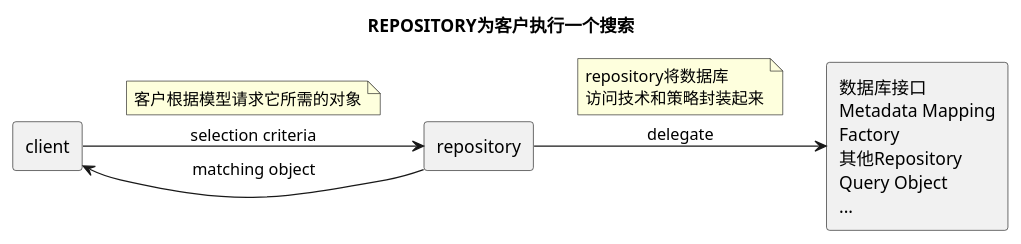
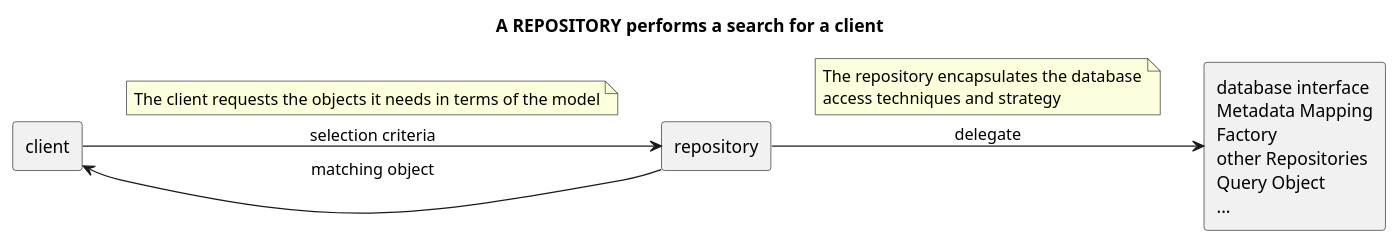
One commit to lindezhong/nvim-config changed the sixth of 19 diagrams in snippets/ddd.md. Above: the diagram before and after it, drawn with PlantUML. The commit also changed other lines of this file and 17 other files, not shown here.

````diff
--- a/snippets/ddd.md
+++ b/snippets/ddd.md
@@ -375,31 +518,31 @@
 ```plantuml
 @startuml
 allowmixing
 left to right direction
-title REPOSITORY为客户执行一个搜索
+title A REPOSITORY performs a search for a client
 
 rectangle client
 rectangle repository
 rectangle database [
-数据库接口
+database interface
 Metadata Mapping
 Factory
-其他Repository
+other Repositories
 Query Object
 ...
 ]
 
 client --> repository : selection criteria
-note top  on link
-客户根据模型请求它所需的对象
+note top on link
+The client requests the objects it needs in terms of the model
 end note
 
 repository --> client : matching object
 repository --> database : delegate
 note top on link
-repository将数据库
-访问技术和策略封装起来
+The repository encapsulates the database
+access techniques and strategy
 end note
 
 @enduml
 ```
````
